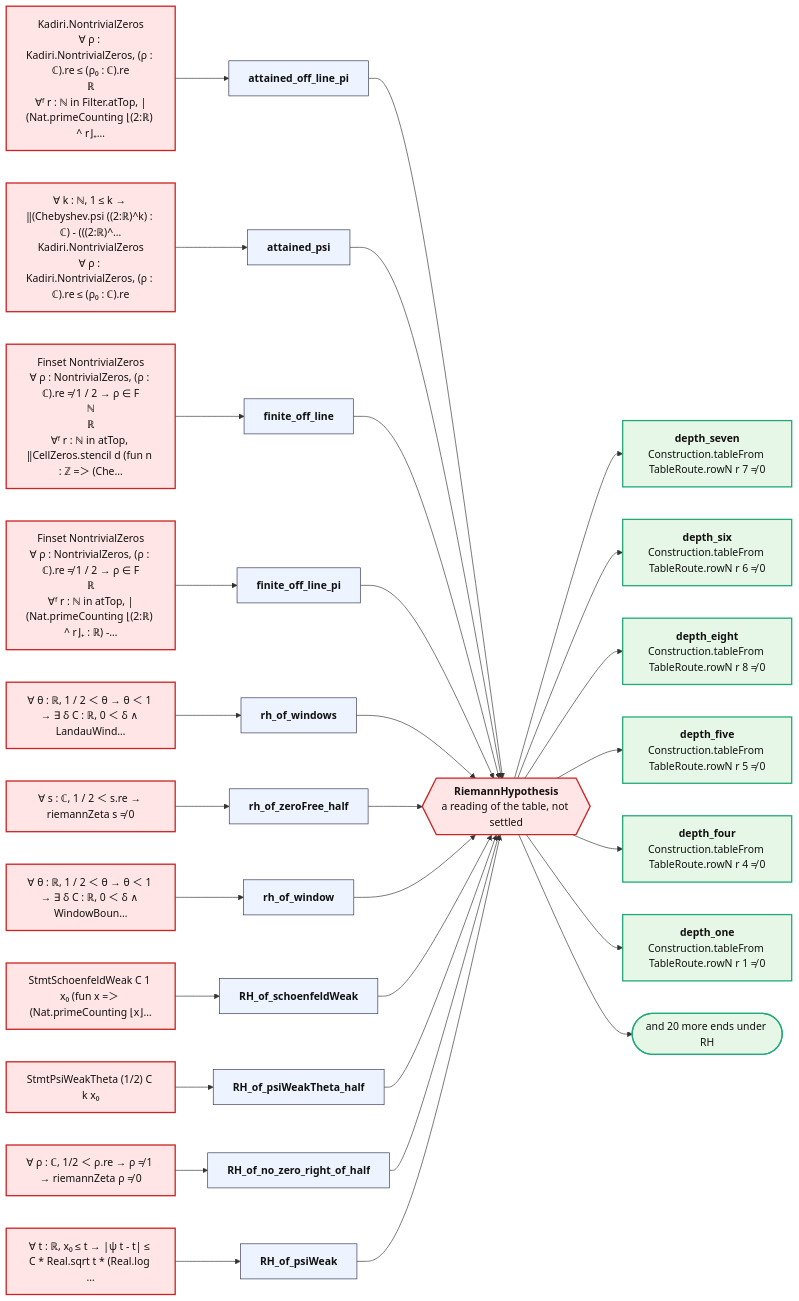
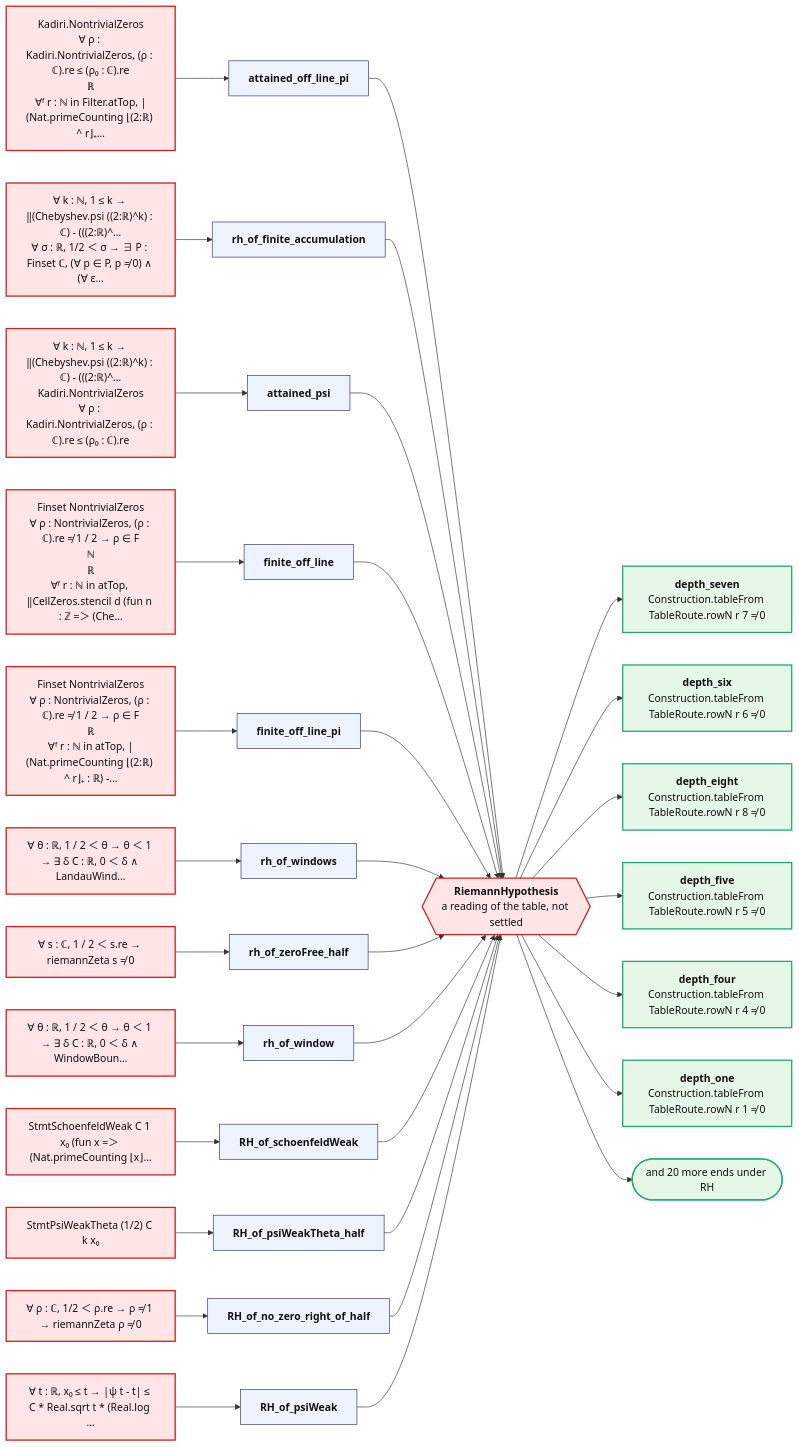
The diagram in map/ROAD.mmd (juliansambranojr/Primebeat_081426), drawn with Mermaid before and after one commit. The commit also changed 33 other files, not shown here.

```diff
--- a/map/ROAD.mmd
+++ b/map/ROAD.mmd
@@ -1,57 +1,60 @@
 flowchart LR
   rh{{"<b>RiemannHypothesis</b><br/>a reading of the table, not settled"}}:::bad
   p0["Kadiri.NontrivialZeros<br/>∀ ρ : Kadiri.NontrivialZeros, (ρ : ℂ).re ≤ (ρ₀ : ℂ).re<br/>ℝ<br/>∀ᶠ r : ℕ in Filter.atTop, |(Nat.primeCounting ⌊(2:ℝ) ^ r⌋₊…"]:::bad
   t0["<b>attained_off_line_pi</b>"]:::thm
   p0 --> t0 --> rh
-  p1["∀ k : ℕ, 1 ≤ k → ‖(Chebyshev.psi ((2:ℝ)^k) : ℂ) - (((2:ℝ)^…<br/>Kadiri.NontrivialZeros<br/>∀ ρ : Kadiri.NontrivialZeros, (ρ : ℂ).re ≤ (ρ₀ : ℂ).re"]:::bad
-  t1["<b>attained_psi</b>"]:::thm
+  p1["∀ k : ℕ, 1 ≤ k → ‖(Chebyshev.psi ((2:ℝ)^k) : ℂ) - (((2:ℝ)^…<br/>∀ σ : ℝ, 1/2 ＜ σ → ∃ P : Finset ℂ, (∀ p ∈ P, p ≠ 0) ∧ (∀ ε…"]:::bad
+  t1["<b>rh_of_finite_accumulation</b>"]:::thm
   p1 --> t1 --> rh
-  p2["Finset NontrivialZeros<br/>∀ ρ : NontrivialZeros, (ρ : ℂ).re ≠ 1 / 2 → ρ ∈ F<br/>ℕ<br/>ℝ<br/>∀ᶠ r : ℕ in atTop, ‖CellZeros.stencil d (fun n : ℤ =＞ (Che…"]:::bad
-  t2["<b>finite_off_line</b>"]:::thm
+  p2["∀ k : ℕ, 1 ≤ k → ‖(Chebyshev.psi ((2:ℝ)^k) : ℂ) - (((2:ℝ)^…<br/>Kadiri.NontrivialZeros<br/>∀ ρ : Kadiri.NontrivialZeros, (ρ : ℂ).re ≤ (ρ₀ : ℂ).re"]:::bad
+  t2["<b>attained_psi</b>"]:::thm
   p2 --> t2 --> rh
-  p3["Finset NontrivialZeros<br/>∀ ρ : NontrivialZeros, (ρ : ℂ).re ≠ 1 / 2 → ρ ∈ F<br/>ℝ<br/>∀ᶠ r : ℕ in atTop, |(Nat.primeCounting ⌊(2:ℝ) ^ r⌋₊ : ℝ) -…"]:::bad
-  t3["<b>finite_off_line_pi</b>"]:::thm
+  p3["Finset NontrivialZeros<br/>∀ ρ : NontrivialZeros, (ρ : ℂ).re ≠ 1 / 2 → ρ ∈ F<br/>ℕ<br/>ℝ<br/>∀ᶠ r : ℕ in atTop, ‖CellZeros.stencil d (fun n : ℤ =＞ (Che…"]:::bad
+  t3["<b>finite_off_line</b>"]:::thm
   p3 --> t3 --> rh
-  p4["∀ θ : ℝ, 1 / 2 ＜ θ → θ ＜ 1 → ∃ δ C : ℝ, 0 ＜ δ ∧ LandauWind…"]:::bad
-  t4["<b>rh_of_windows</b>"]:::thm
+  p4["Finset NontrivialZeros<br/>∀ ρ : NontrivialZeros, (ρ : ℂ).re ≠ 1 / 2 → ρ ∈ F<br/>ℝ<br/>∀ᶠ r : ℕ in atTop, |(Nat.primeCounting ⌊(2:ℝ) ^ r⌋₊ : ℝ) -…"]:::bad
+  t4["<b>finite_off_line_pi</b>"]:::thm
   p4 --> t4 --> rh
-  p5["∀ s : ℂ, 1 / 2 ＜ s.re → riemannZeta s ≠ 0"]:::bad
-  t5["<b>rh_of_zeroFree_half</b>"]:::thm
+  p5["∀ θ : ℝ, 1 / 2 ＜ θ → θ ＜ 1 → ∃ δ C : ℝ, 0 ＜ δ ∧ LandauWind…"]:::bad
+  t5["<b>rh_of_windows</b>"]:::thm
   p5 --> t5 --> rh
-  p6["∀ θ : ℝ, 1 / 2 ＜ θ → θ ＜ 1 → ∃ δ C : ℝ, 0 ＜ δ ∧ WindowBoun…"]:::bad
-  t6["<b>rh_of_window</b>"]:::thm
+  p6["∀ s : ℂ, 1 / 2 ＜ s.re → riemannZeta s ≠ 0"]:::bad
+  t6["<b>rh_of_zeroFree_half</b>"]:::thm
   p6 --> t6 --> rh
-  p7["StmtSchoenfeldWeak C 1 x₀ (fun x =＞ (Nat.primeCounting ⌊x⌋…"]:::bad
-  t7["<b>RH_of_schoenfeldWeak</b>"]:::thm
+  p7["∀ θ : ℝ, 1 / 2 ＜ θ → θ ＜ 1 → ∃ δ C : ℝ, 0 ＜ δ ∧ WindowBoun…"]:::bad
+  t7["<b>rh_of_window</b>"]:::thm
   p7 --> t7 --> rh
-  p8["StmtPsiWeakTheta (1/2) C k x₀"]:::bad
-  t8["<b>RH_of_psiWeakTheta_half</b>"]:::thm
+  p8["StmtSchoenfeldWeak C 1 x₀ (fun x =＞ (Nat.primeCounting ⌊x⌋…"]:::bad
+  t8["<b>RH_of_schoenfeldWeak</b>"]:::thm
   p8 --> t8 --> rh
-  p9["∀ ρ : ℂ, 1/2 ＜ ρ.re → ρ ≠ 1 → riemannZeta ρ ≠ 0"]:::bad
-  t9["<b>RH_of_no_zero_right_of_half</b>"]:::thm
+  p9["StmtPsiWeakTheta (1/2) C k x₀"]:::bad
+  t9["<b>RH_of_psiWeakTheta_half</b>"]:::thm
   p9 --> t9 --> rh
-  p10["∀ t : ℝ, x₀ ≤ t → |ψ t - t| ≤ C * Real.sqrt t * (Real.log …"]:::bad
-  t10["<b>RH_of_psiWeak</b>"]:::thm
+  p10["∀ ρ : ℂ, 1/2 ＜ ρ.re → ρ ≠ 1 → riemannZeta ρ ≠ 0"]:::bad
+  t10["<b>RH_of_no_zero_right_of_half</b>"]:::thm
   p10 --> t10 --> rh
+  p11["∀ t : ℝ, x₀ ≤ t → |ψ t - t| ≤ C * Real.sqrt t * (Real.log …"]:::bad
+  t11["<b>RH_of_psiWeak</b>"]:::thm
+  p11 --> t11 --> rh
   e0["<b>depth_seven</b><br/>Construction.tableFrom TableRoute.rowN r 7 ≠ 0"]:::end_
   rh --> e0
   e1["<b>depth_six</b><br/>Construction.tableFrom TableRoute.rowN r 6 ≠ 0"]:::end_
   rh --> e1
   e2["<b>depth_eight</b><br/>Construction.tableFrom TableRoute.rowN r 8 ≠ 0"]:::end_
   rh --> e2
   e3["<b>depth_five</b><br/>Construction.tableFrom TableRoute.rowN r 5 ≠ 0"]:::end_
   rh --> e3
   e4["<b>depth_four</b><br/>Construction.tableFrom TableRoute.rowN r 4 ≠ 0"]:::end_
   rh --> e4
   e5["<b>depth_one</b><br/>Construction.tableFrom TableRoute.rowN r 1 ≠ 0"]:::end_
   rh --> e5
   more(["and 20 more ends under RH"]):::end_
   rh --> more
   classDef cnt fill:#dff5ec,stroke:#17694a,color:#111
   classDef shp fill:#f1ecfb,stroke:#5b3fa0,color:#111
   classDef rh fill:#ffe5e5,stroke:#c22,color:#111,stroke-width:2px
   classDef thm fill:#eef4ff,stroke:#335,color:#111
   classDef end_ fill:#e7f7e7,stroke:#2a7,color:#111,stroke-width:2px
   classDef lone fill:#fff,stroke:#999,color:#111,stroke-dasharray:4 3
   classDef bad fill:#ffe5e5,stroke:#c22,color:#111,stroke-width:2px
   classDef ext fill:#fff8e1,stroke:#b80,color:#111
```
